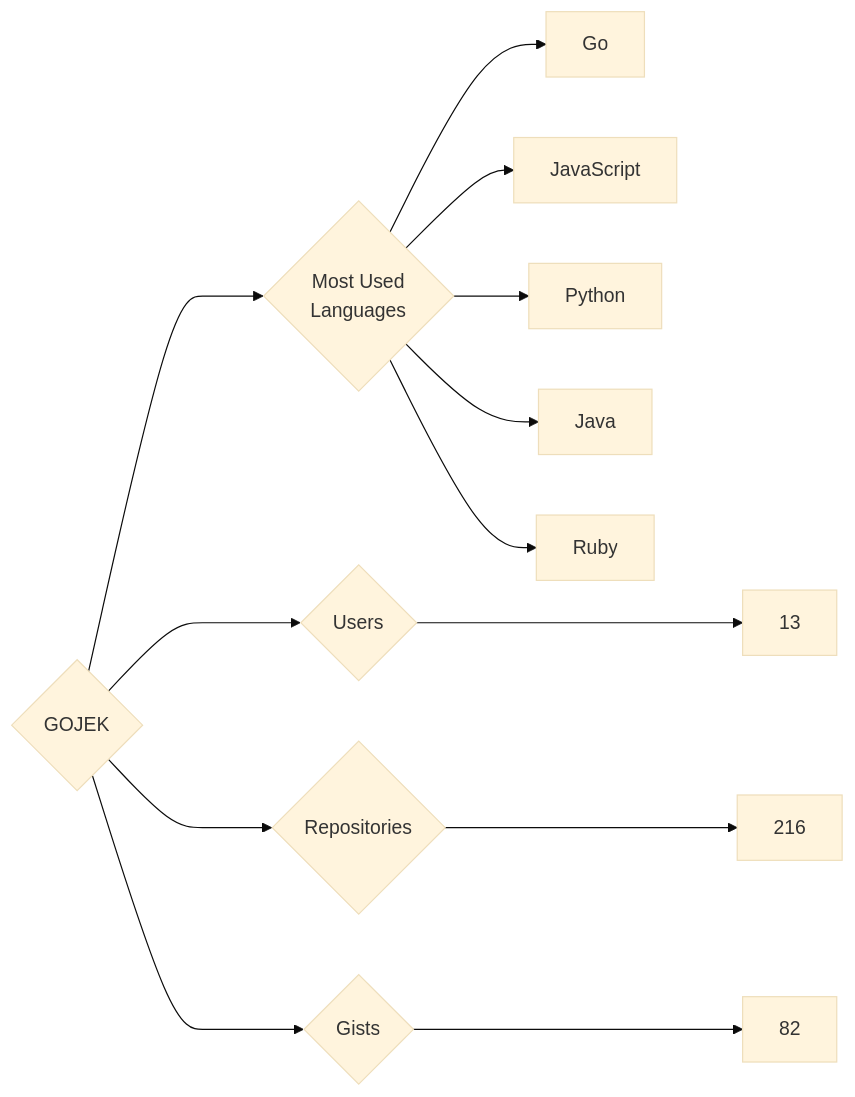
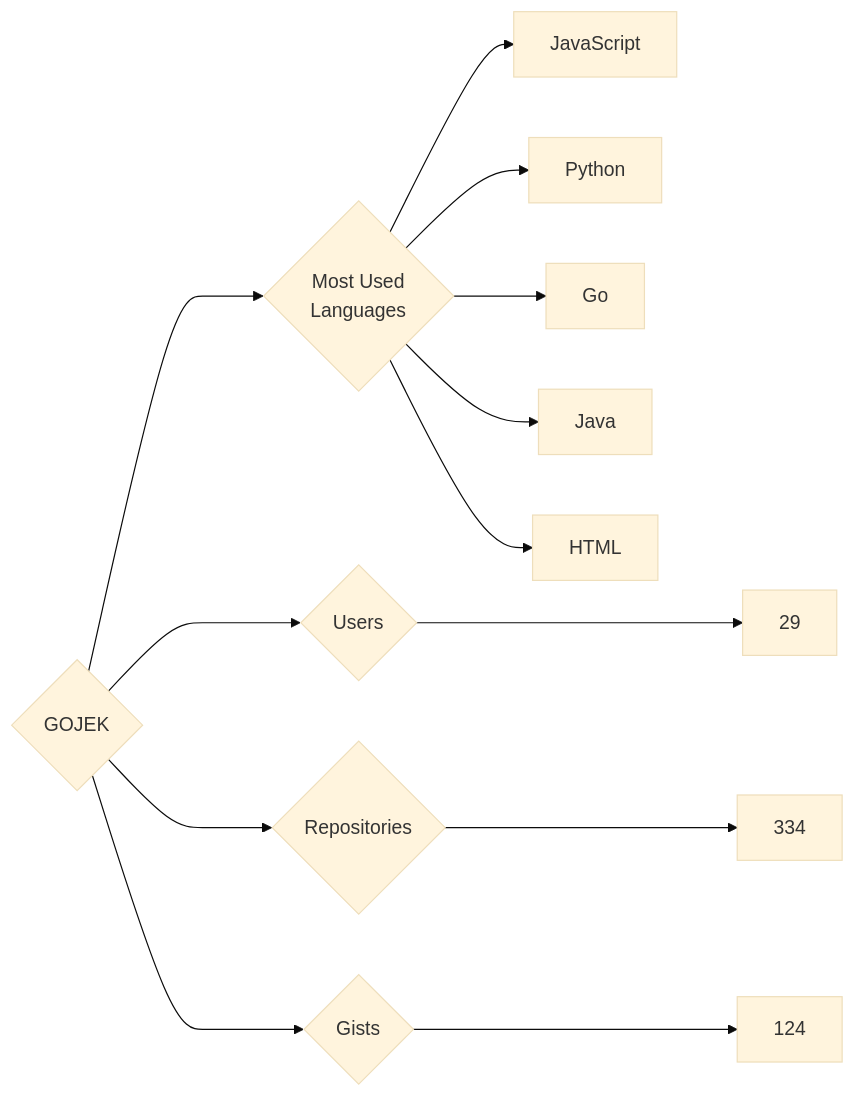
Before and after one commit to trickest/insiders: the diagram in targets/GOJEK/README.md, drawn with Mermaid (base theme). The commit also changed 745 other files, not shown here.

````diff
--- a/targets/GOJEK/README.md
+++ b/targets/GOJEK/README.md
@@ -3,13 +3,13 @@
 ```mermaid
 graph LR
 COMPANY_NAME{GOJEK}
-COMPANY_NAME ---> U{Users} ---> UN[13]
-COMPANY_NAME ---> R{Repositories} ---> RN[216]
-COMPANY_NAME ---> G{Gists} ---> GN[82]
+COMPANY_NAME ---> U{Users} ---> UN[29]
+COMPANY_NAME ---> R{Repositories} ---> RN[334]
+COMPANY_NAME ---> G{Gists} ---> GN[124]
 COMPANY_NAME ---> ML{Most Used<br>Languages}
-ML --> Go[Go]
 ML --> JavaScript[JavaScript]
 ML --> Python[Python]
+ML --> Go[Go]
 ML --> Java[Java]
-ML --> Ruby[Ruby]
+ML --> HTML[HTML]
 ```
````
